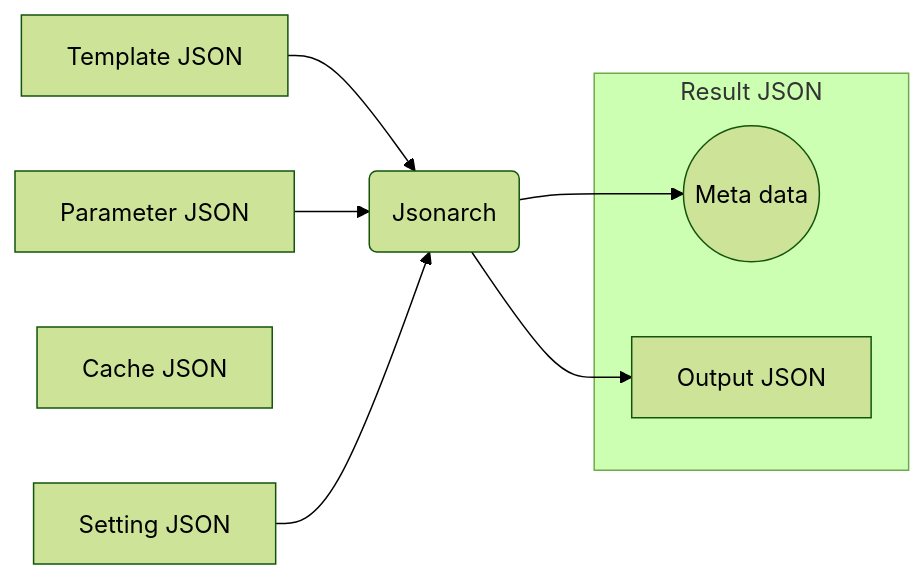
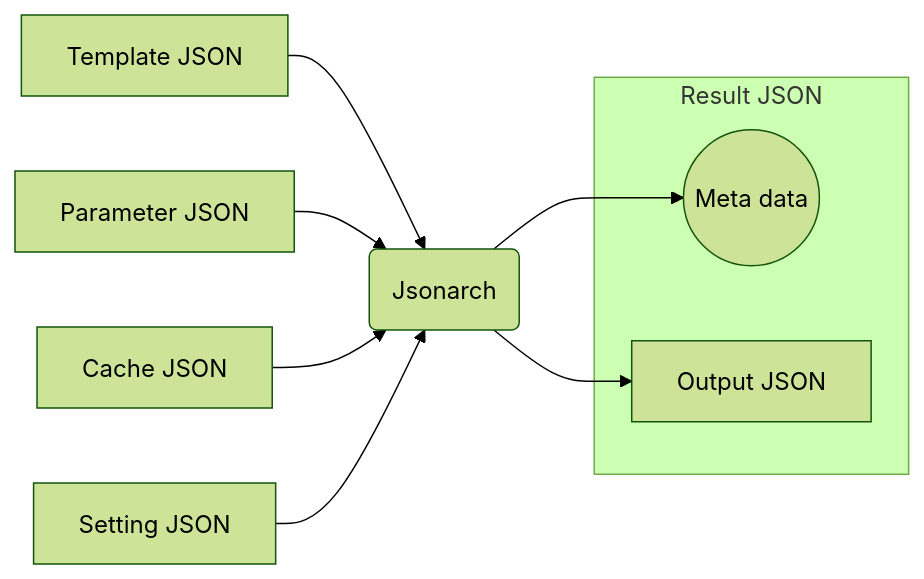
The second of 2 diagrams in README.md (wraith13/jsonarch.old), drawn with Mermaid (forest theme) before and after one commit. The commit also changed other lines of this file and 9 other files, not shown here.

````diff
--- a/README.md
+++ b/README.md
@@ -19,16 +29,13 @@
 ```mermaid
 graph LR;
-    T[Template JSON];
-    P[Parameter JSON];
-    C[Cache JSON];
-    S[Setting JSON];
     T[Template JSON]-->J(Jsonarch);
     P[Parameter JSON]-->J(Jsonarch);
+    C[Cache JSON]-->J(Jsonarch);
     S[Setting JSON]-->J(Jsonarch);
     subgraph R[Result JSON]
         M((Meta data));
         O[Output JSON];
     end
     J(Jsonarch)-->M((Meta data));
     J(Jsonarch)-->O[Output JSON];
 ```
````
